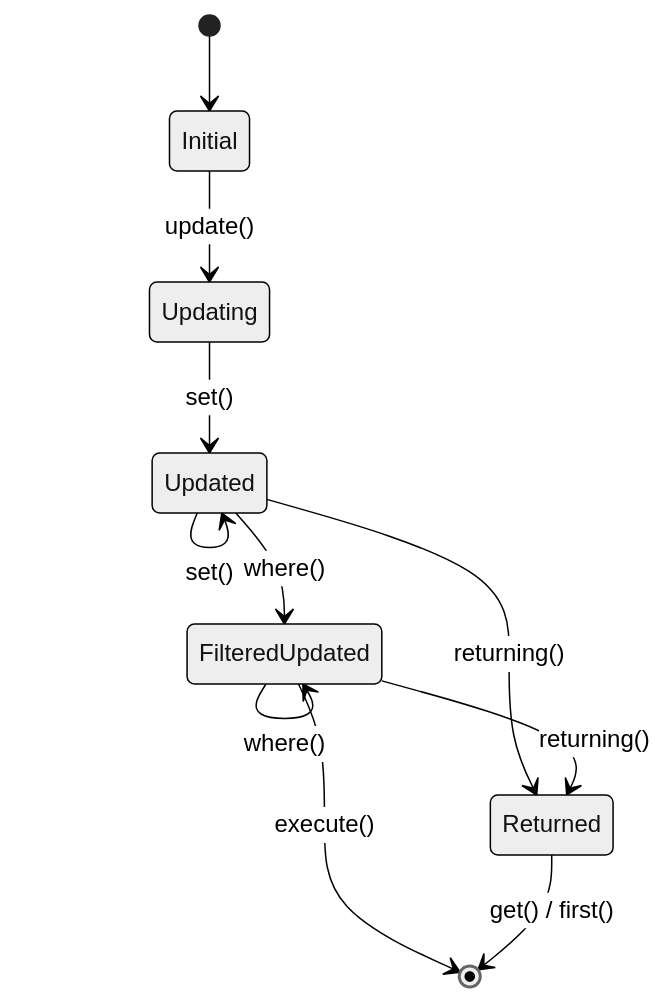
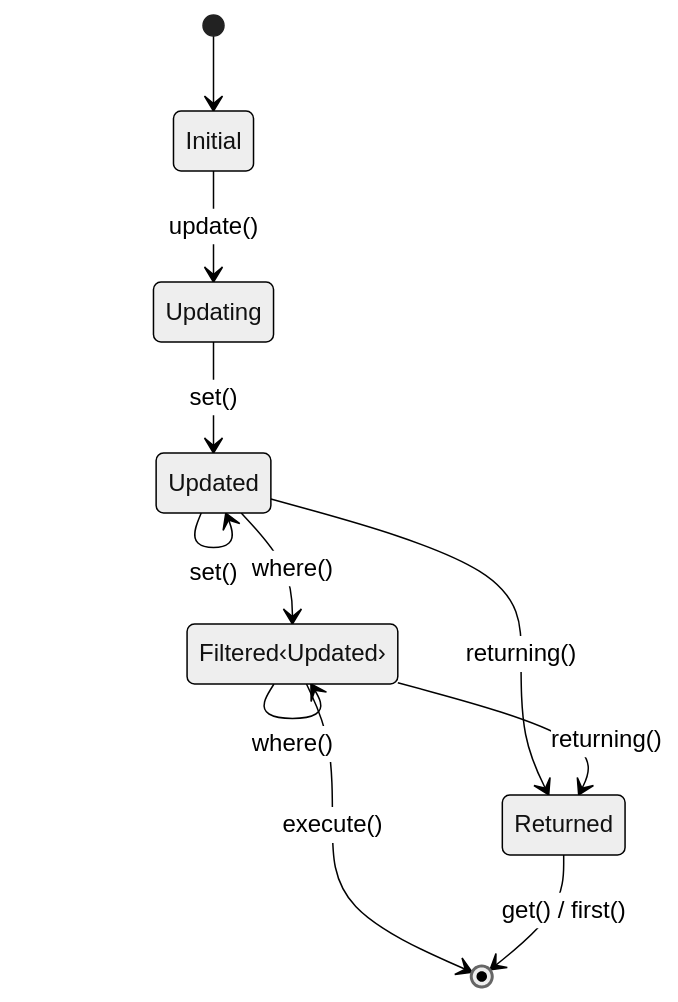
Before and after one commit to robinstraub/fabrique: the third of 3 diagrams in docs/src/concepts/query-builder.md, drawn with Mermaid (neutral theme). The commit also changed other lines of this file and 4 other files, not shown here.

````diff
--- a/docs/src/concepts/query-builder.md
+++ b/docs/src/concepts/query-builder.md
@@ -109,14 +113,14 @@
 ```mermaid
 stateDiagram-v2
     [*] --> Initial
     Initial --> Updating: update()
     Updating --> Updated: set()
     Updated --> Updated: set()
-    Updated --> FilteredUpdated: where()
+    Updated --> Filtered‹Updated›: where()
     Updated --> Returned: returning()
-    FilteredUpdated --> FilteredUpdated: where()
-    FilteredUpdated --> Returned: returning()
+    Filtered‹Updated› --> Filtered‹Updated›: where()
+    Filtered‹Updated› --> Returned: returning()
 
-    FilteredUpdated --> [*]: execute()
+    Filtered‹Updated› --> [*]: execute()
     Returned --> [*]: get() / first()
 ```
````
